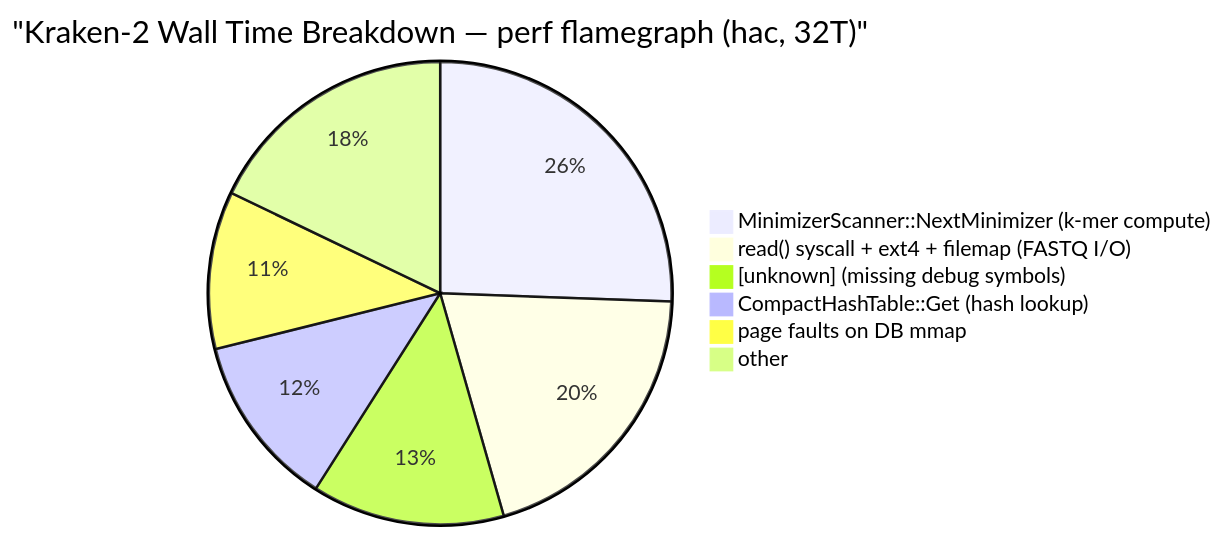
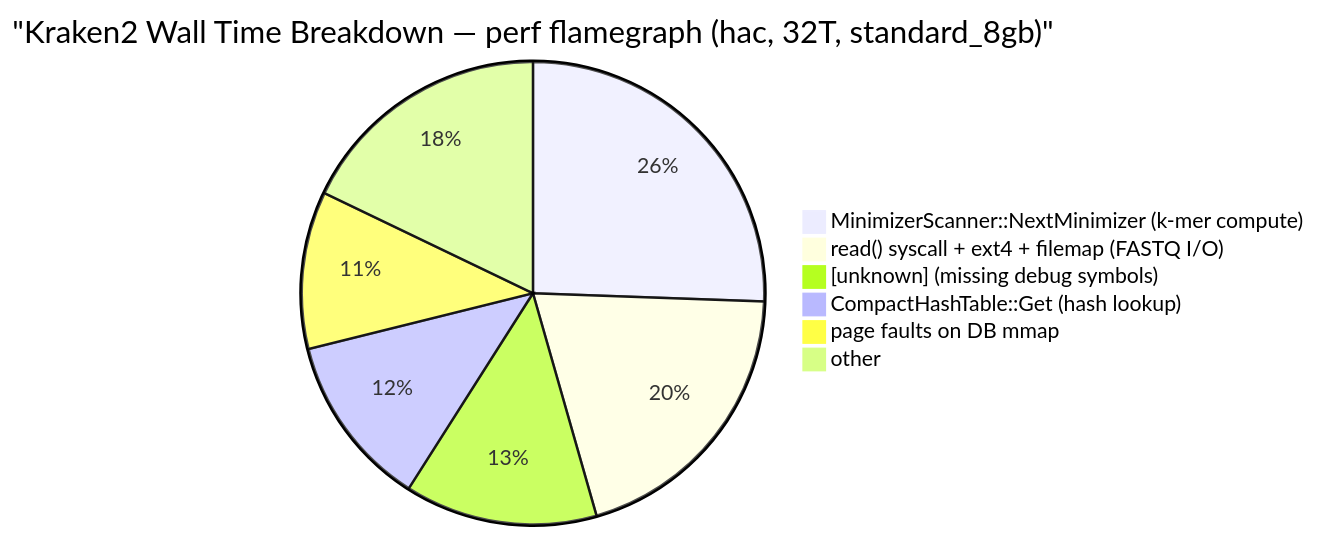
One commit to KathpaliaChirag/Nanopore-project changed diagram 11 of 23 in README.md. Above: the diagram before and after it, drawn with Mermaid. The commit also changed other lines of this file, not shown here.

````diff
--- a/README.md
+++ b/README.md
@@ -295,9 +417,9 @@
 ```mermaid
-pie title "Kraken-2 Wall Time Breakdown — perf flamegraph (hac, 32T)"
+pie title "Kraken2 Wall Time Breakdown — perf flamegraph (hac, 32T, standard_8gb)"
     "MinimizerScanner::NextMinimizer (k-mer compute)" : 25.57
-    "read() syscall + ext4 + filemap (FASTQ I/O)" : 20.00
+    "read() syscall + ext4 + filemap (FASTQ I/O)" : 20.0
     "[unknown] (missing debug symbols)" : 13.45
     "CompactHashTable::Get (hash lookup)" : 12.10
-    "page faults on DB mmap" : 11.00
+    "page faults on DB mmap" : 11.0
     "other" : 17.88
 ```
````
